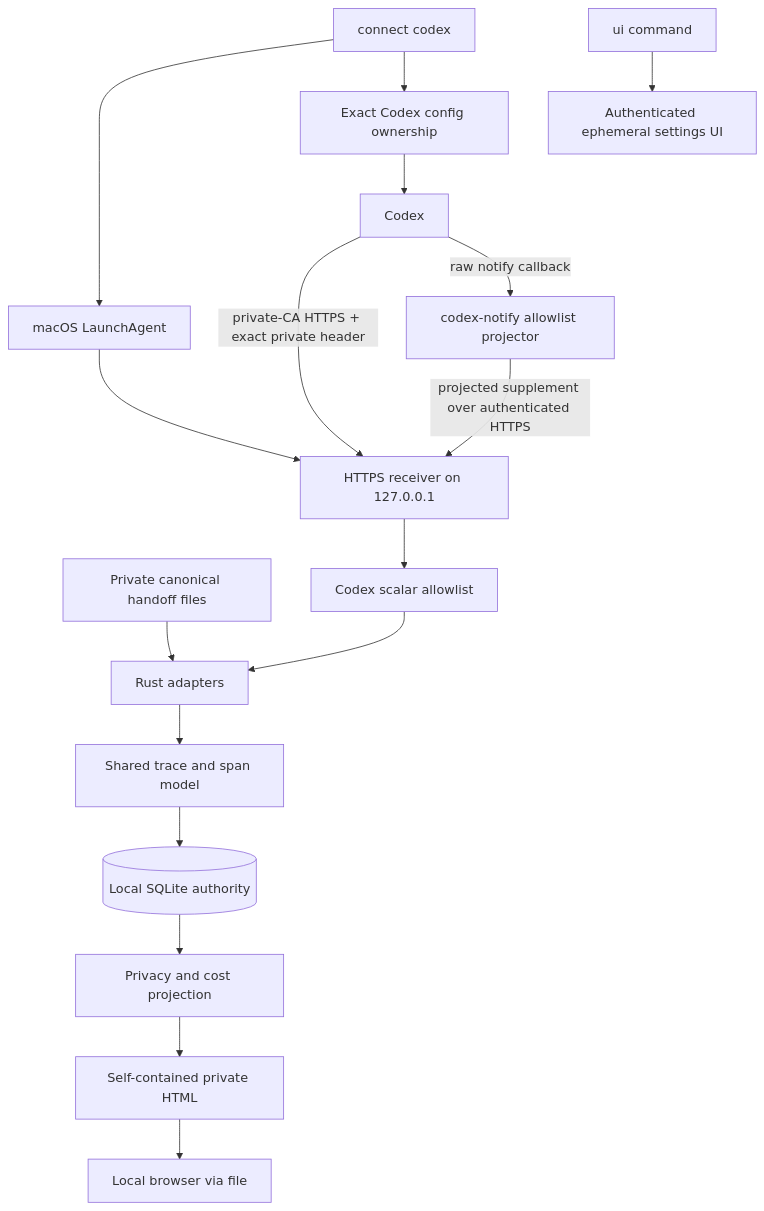
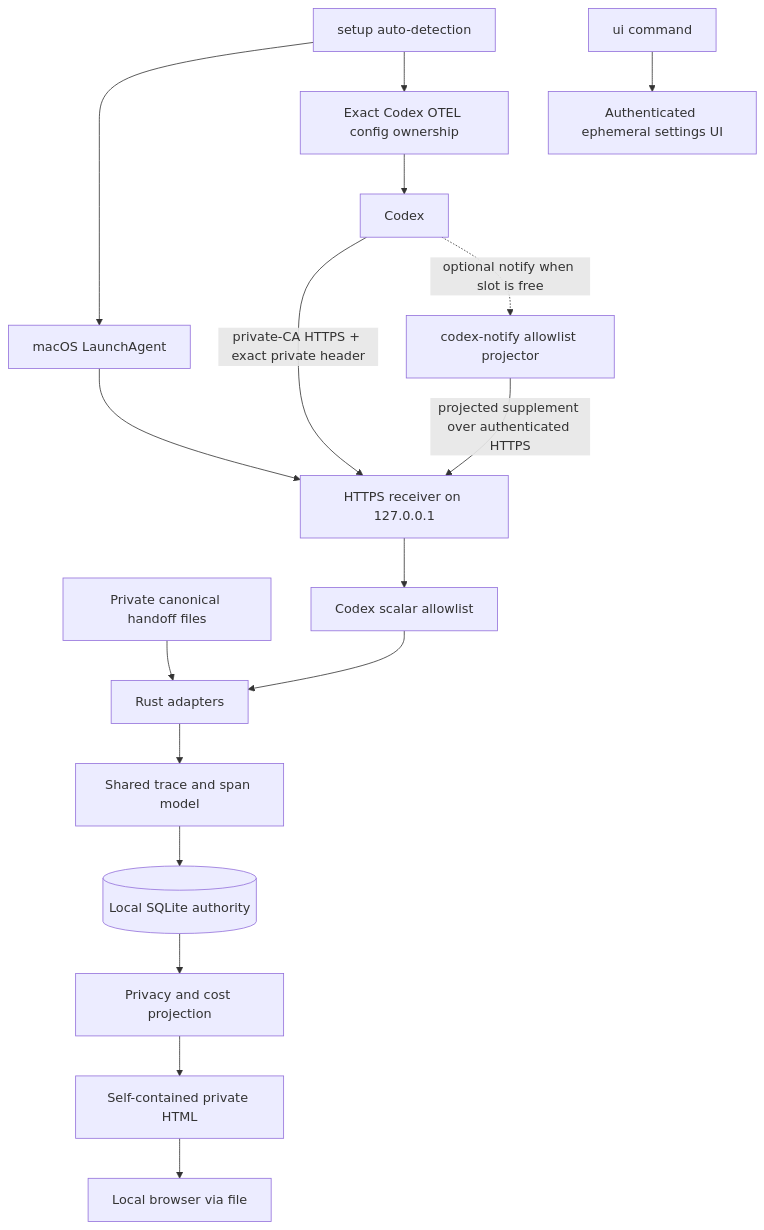
One commit to MCprotein/agent-observability changed the first of 2 diagrams in README.md. Above: the diagram before and after it, drawn with Mermaid. The commit also changed other lines of this file and 13 other files, not shown here.

Commit message:
fix: make Codex setup coexist with existing notify

````diff
--- a/README.md
+++ b/README.md
@@ -208,19 +218,19 @@
 ```mermaid
 flowchart TB
     Codex["Codex"] -->|"private-CA HTTPS + exact private header"| Receiver["HTTPS receiver on 127.0.0.1"]
-    Codex -->|"raw notify callback"| Notify["codex-notify allowlist projector"]
+    Codex -.->|"optional notify when slot is free"| Notify["codex-notify allowlist projector"]
     Notify -->|"projected supplement over authenticated HTTPS"| Receiver
     Manual["Private canonical handoff files"] --> Adapters["Rust adapters"]
     Receiver --> Allowlist["Codex scalar allowlist"]
     Allowlist --> Adapters
     Adapters --> Domain["Shared trace and span model"]
     Domain --> Store[("Local SQLite authority")]
     Store --> Report["Privacy and cost projection"]
     Report --> HTML["Self-contained private HTML"]
     HTML --> Browser["Local browser via file"]
-    Connect["connect codex"] --> LaunchAgent["macOS LaunchAgent"]
-    Connect --> Ownership["Exact Codex config ownership"]
+    Connect["setup auto-detection"] --> LaunchAgent["macOS LaunchAgent"]
+    Connect --> Ownership["Exact Codex OTEL config ownership"]
     LaunchAgent --> Receiver
     Ownership --> Codex
     Settings["ui command"] --> Config["Authenticated ephemeral settings UI"]
 ```
````
